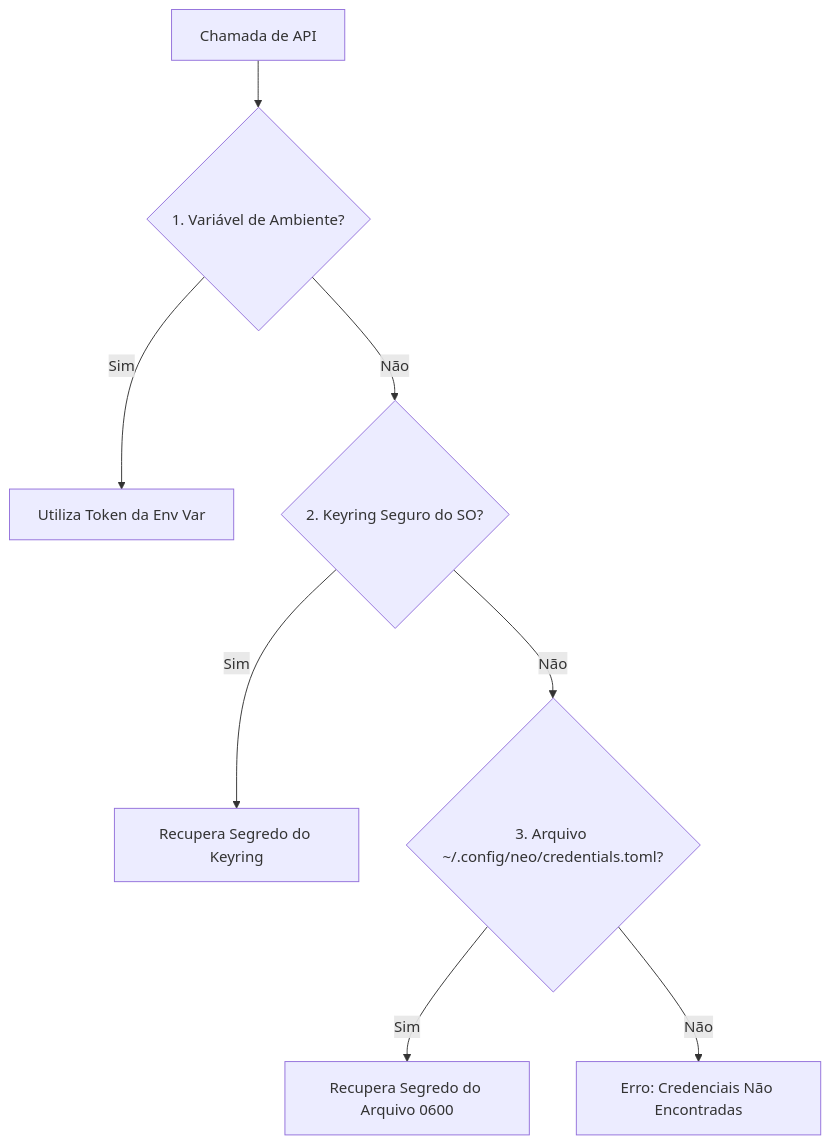
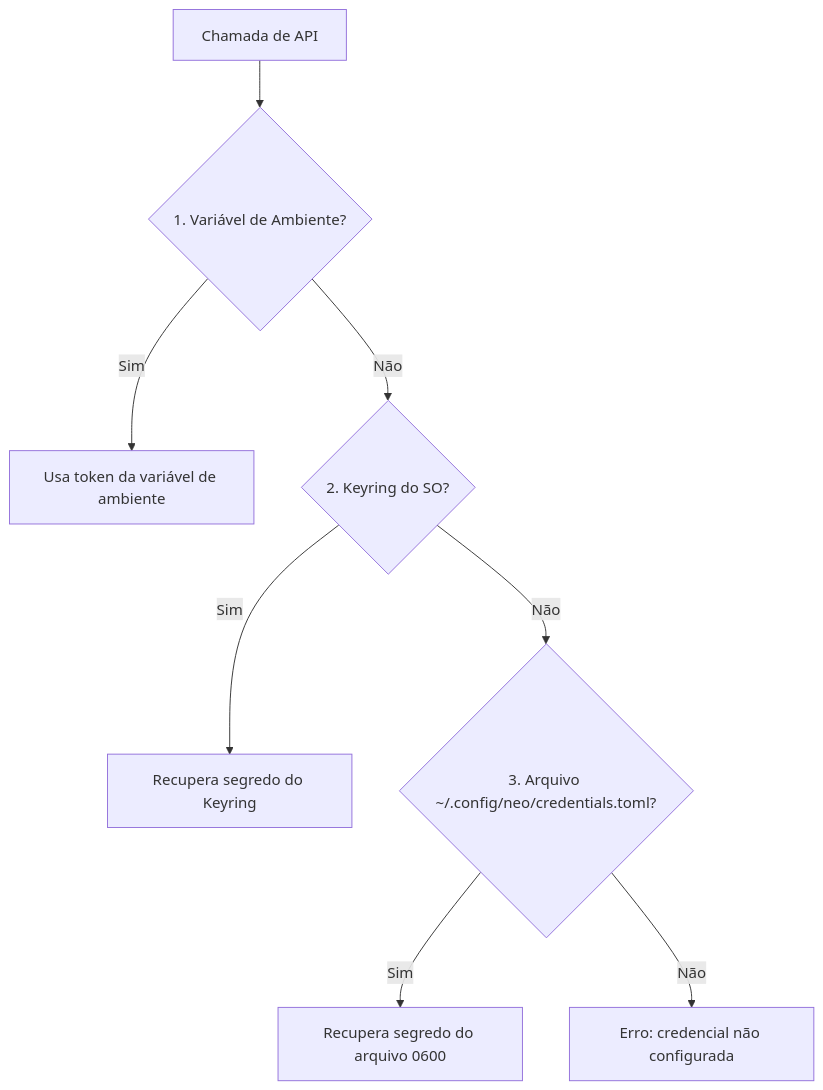
Before and after one commit to thalisonwilker/neo: the diagram in docs/configuration.md, drawn with Mermaid. The commit also changed other lines of this file and 13 other files, not shown here.

````diff
--- a/docs/configuration.md
+++ b/docs/configuration.md
@@ -17,10 +17,10 @@
 ```mermaid
 graph TD
     A["Chamada de API"] --> B{"1. Variável de Ambiente?"}
-    B -- "Sim" --> C["Utiliza Token da Env Var"]
-    B -- "Não" --> D{"2. Keyring Seguro do SO?"}
-    D -- "Sim" --> E["Recupera Segredo do Keyring"]
+    B -- "Sim" --> C["Usa token da variável de ambiente"]
+    B -- "Não" --> D{"2. Keyring do SO?"}
+    D -- "Sim" --> E["Recupera segredo do Keyring"]
     D -- "Não" --> F{"3. Arquivo ~/.config/neo/credentials.toml?"}
-    F -- "Sim" --> G["Recupera Segredo do Arquivo 0600"]
-    F -- "Não" --> H["Erro: Credenciais Não Encontradas"]
+    F -- "Sim" --> G["Recupera segredo do arquivo 0600"]
+    F -- "Não" --> H["Erro: credencial não configurada"]
 ```
````
